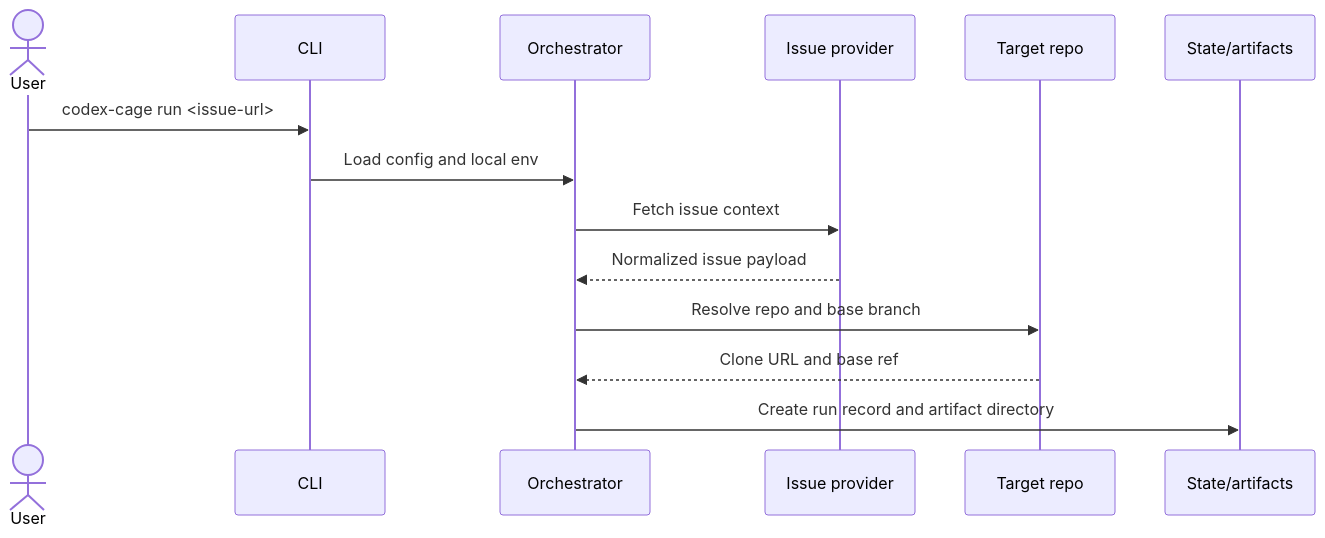
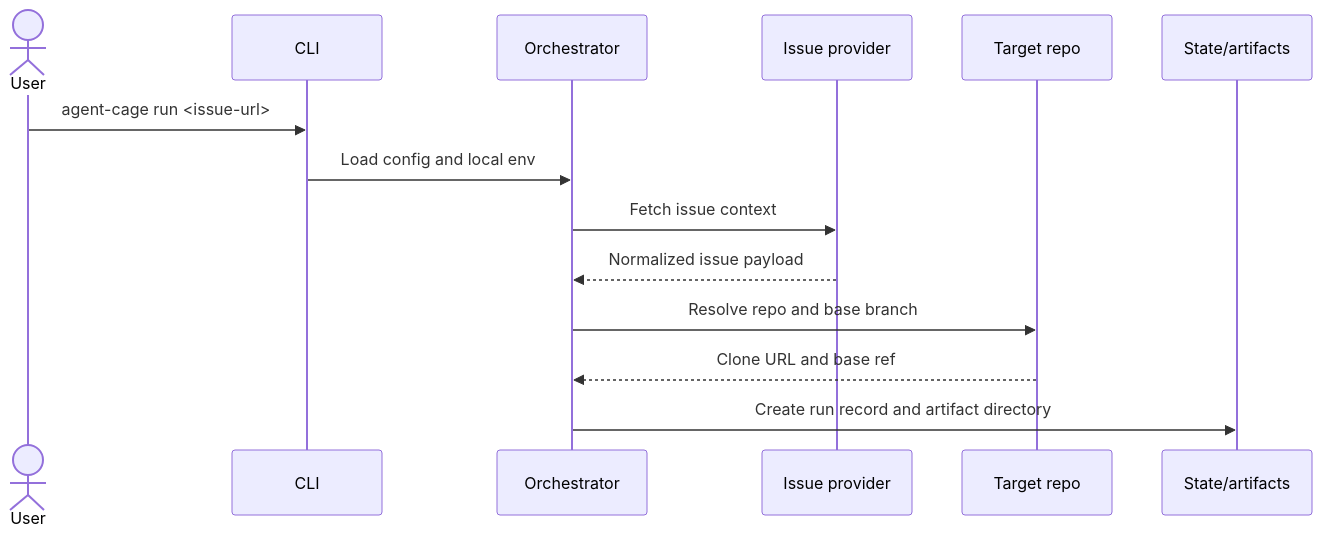
The first of 3 diagrams in README.md (jhowliu/codex-cage), drawn with Mermaid before and after one commit. The commit also changed other lines of this file and 68 other files, not shown here.

First line of the commit message:
refactor!: rename codex-cage to agent-cage

````diff
--- a/README.md
+++ b/README.md
@@ -192,17 +192,17 @@
 ```mermaid
 sequenceDiagram
   actor User
   participant CLI
   participant Run as Orchestrator
   participant Issue as Issue provider
   participant Repo as Target repo
   participant State as State/artifacts
 
-  User->>CLI: codex-cage run <issue-url>
+  User->>CLI: agent-cage run <issue-url>
   CLI->>Run: Load config and local env
   Run->>Issue: Fetch issue context
   Issue-->>Run: Normalized issue payload
   Run->>Repo: Resolve repo and base branch
   Repo-->>Run: Clone URL and base ref
   Run->>State: Create run record and artifact directory
 ```
````
